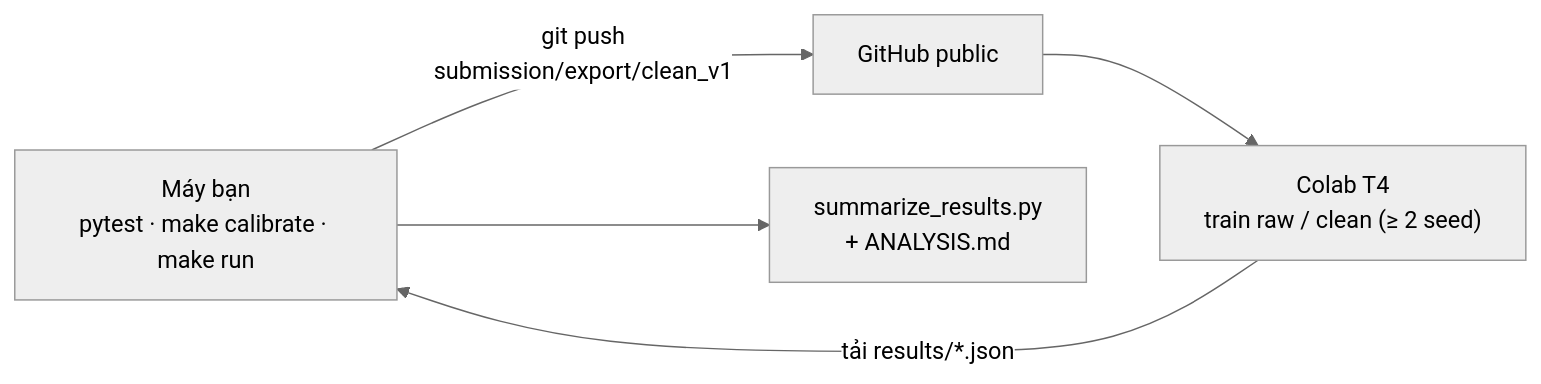
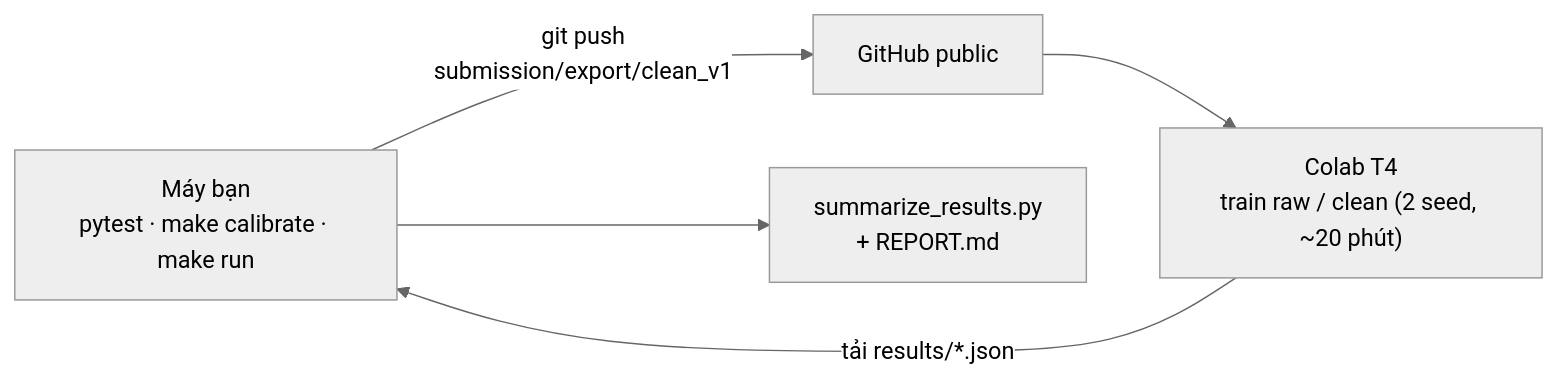
One commit to Adendz87/K5-L23-Day09-PhamHoangMinh-03064-AutoQC-Pipeline-Lab changed the diagram in docs/COLAB.md. Above: the diagram before and after it, drawn with Mermaid (neutral theme). The commit also changed other lines of this file and 26 other files, not shown here.

Commit message:
Gọn lab còn 5 bước (~4-4,5h): cho sẵn 4 check, calibrate 2 ngưỡng, một REPORT.md, train 2 seed x 20 epoch

````diff
--- a/docs/COLAB.md
+++ b/docs/COLAB.md
@@ -8,7 +8,7 @@
 ```mermaid
 flowchart LR
   L["Máy bạn<br/>pytest · make calibrate · make run"] -->|"git push<br/>submission/export/clean_v1"| G[GitHub public]
-  G --> C["Colab T4<br/>train raw / clean (≥ 2 seed)"]
+  G --> C["Colab T4<br/>train raw / clean (2 seed, ~20 phút)"]
   C -->|"tải results/*.json"| L
-  L --> A["summarize_results.py<br/>+ ANALYSIS.md"]
+  L --> A["summarize_results.py<br/>+ REPORT.md"]
 ```
````
